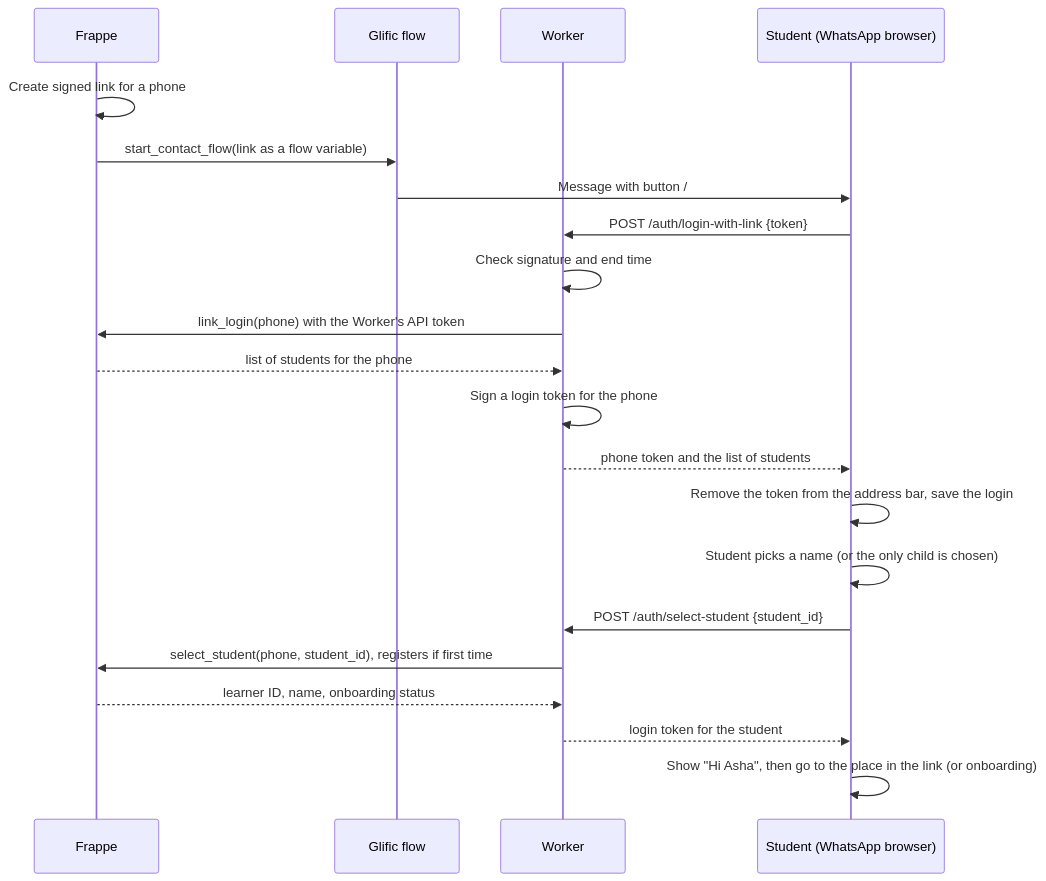
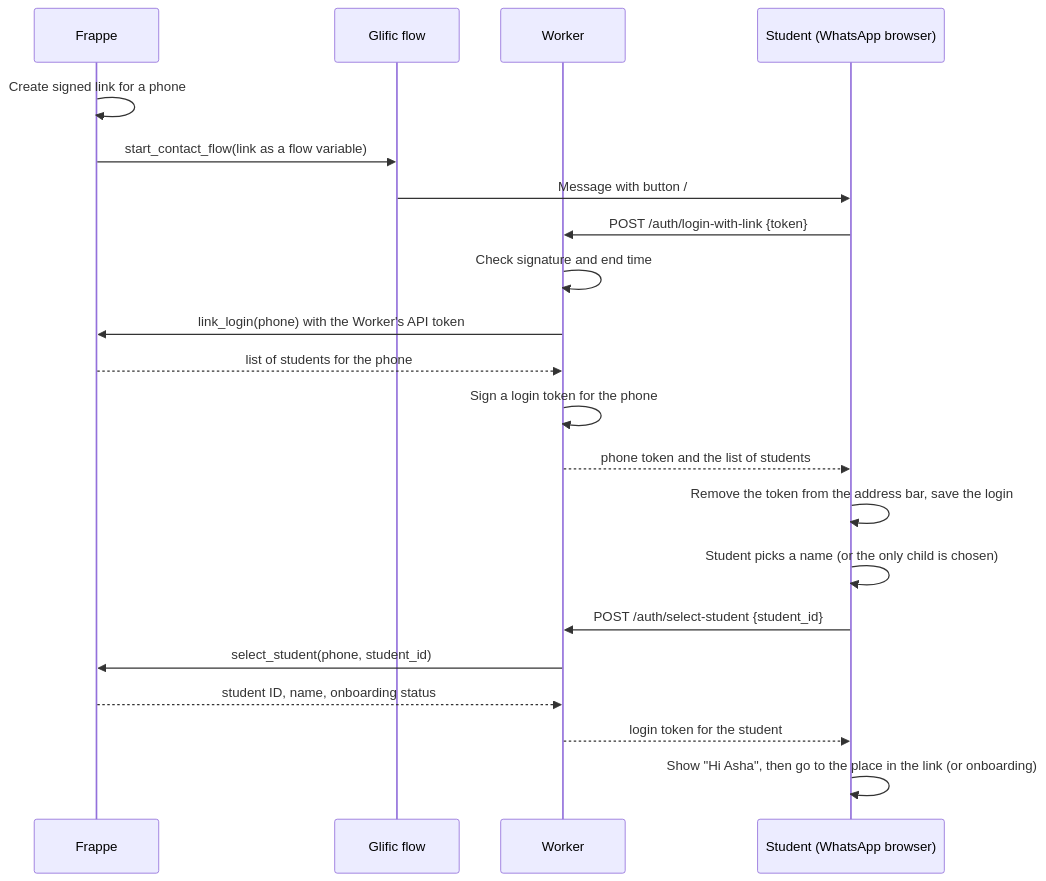
One commit to theapprenticeproject/flutter_native_webapp changed the first of 3 diagrams in documentation/whatsapp-link-login.md. Above: the diagram before and after it, drawn with Mermaid. The commit also changed other lines of this file and 6 other files, not shown here.

````diff
--- a/documentation/whatsapp-link-login.md
+++ b/documentation/whatsapp-link-login.md
@@ -237,23 +220,23 @@
 ```mermaid
 sequenceDiagram
   participant F as Frappe
   participant G as Glific flow
   participant W as Worker
   participant S as Student (WhatsApp browser)
   F->>F: Create signed link for a phone
   F->>G: start_contact_flow(link as a flow variable)
   G->>S: Message with button /#/l/<token>
   S->>W: POST /auth/login-with-link {token}
   W->>W: Check signature and end time
   W->>F: link_login(phone) with the Worker's API token
   F-->>W: list of students for the phone
   W->>W: Sign a login token for the phone
   W-->>S: phone token and the list of students
   S->>S: Remove the token from the address bar, save the login
   S->>S: Student picks a name (or the only child is chosen)
   S->>W: POST /auth/select-student {student_id}
-  W->>F: select_student(phone, student_id), registers if first time
-  F-->>W: learner ID, name, onboarding status
+  W->>F: select_student(phone, student_id)
+  F-->>W: student ID, name, onboarding status
   W-->>S: login token for the student
   S->>S: Show "Hi Asha", then go to the place in the link (or onboarding)
 ```
````
